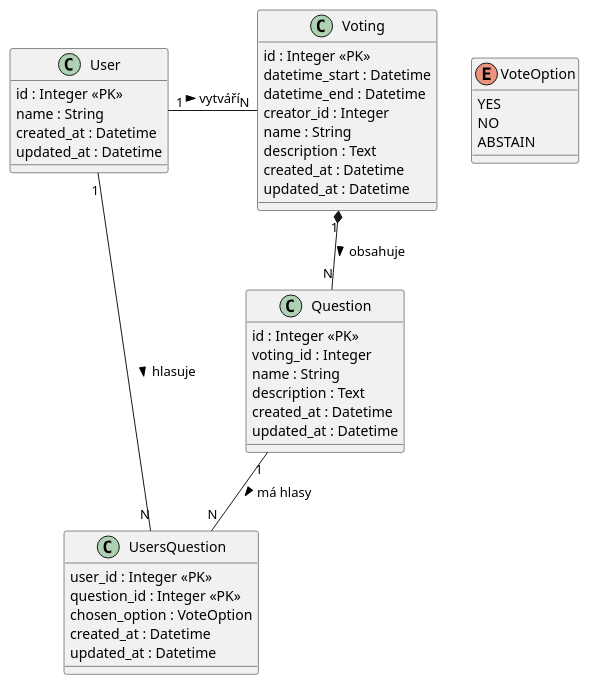
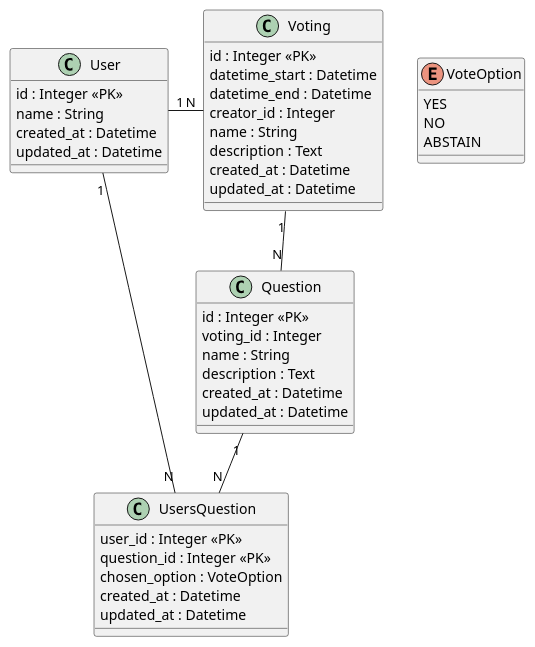
One commit to jacky32/slovjani changed the diagram in docs/diagrams/voting_system.plantuml. Above: the diagram before and after it, drawn with PlantUML. The commit also changed 3 other files, not shown here.

Commit message:
diagrams

```diff
--- a/docs/diagrams/voting_system.plantuml
+++ b/docs/diagrams/voting_system.plantuml
@@ -1,50 +1,50 @@
 @startuml "Voting System Class Diagram"
 
 class User {
   id : Integer <<PK>>
   name : String
   created_at : Datetime
   updated_at : Datetime
 }
 
 class Voting {
   id : Integer <<PK>>
   datetime_start : Datetime
   datetime_end : Datetime
   creator_id : Integer
   name : String
   description : Text
   created_at : Datetime
   updated_at : Datetime
 }
 
 class Question {
   id : Integer <<PK>>
   voting_id : Integer
   name : String
   description : Text
   created_at : Datetime
   updated_at : Datetime
 }
 
 enum VoteOption {
   YES
   NO
   ABSTAIN
 }
 
 class UsersQuestion {
   user_id : Integer <<PK>>
   question_id : Integer <<PK>>
   chosen_option : VoteOption
   created_at : Datetime
   updated_at : Datetime
 }
 
 ' Vazby
-Voting "1" *-- "N" Question : obsahuje >
-User "1" -- "N" UsersQuestion : hlasuje >
-Question "1" -- "N" UsersQuestion : má hlasy >
-User "1" - "N" Voting : vytváří >
+Voting "1" -- "N" Question
+User "1" -- "N" UsersQuestion
+Question "1" -- "N" UsersQuestion
+User "1" - "N" Voting
 
 @enduml
```
